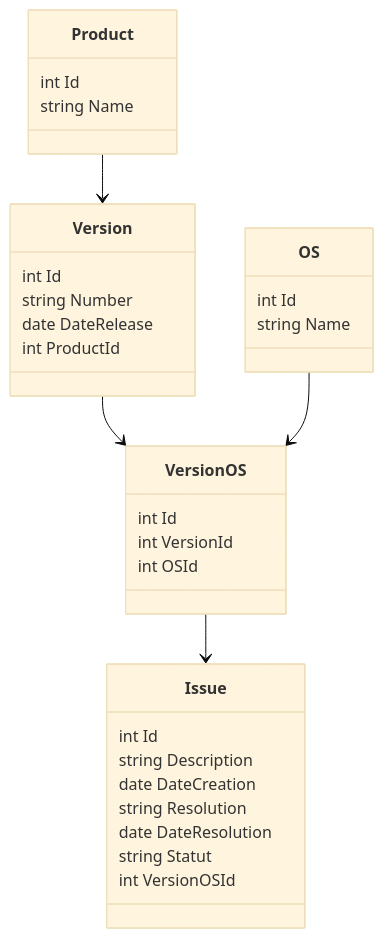
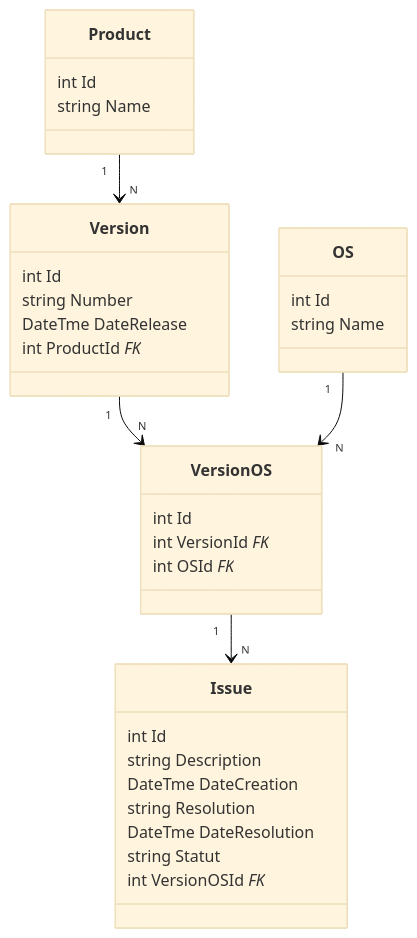
One commit to DjabelWilly/P6_NexaWorks changed the diagram in readme.md. Above: the diagram before and after it, drawn with Mermaid (base theme).

````diff
--- a/readme.md
+++ b/readme.md
@@ -21,36 +21,41 @@
 ```mermaid
 classDiagram
+
     class Product {
         int Id
         string Name
     }
+
     class Version {
         int Id
         string Number
-        date DateRelease
-        int ProductId
+        DateTme DateRelease
+        int ProductId  _FK_
     }
+
     class OS {
         int Id
         string Name
     }
+
     class VersionOS {
         int Id
-        int VersionId
-        int OSId
+        int VersionId _FK_
+        int OSId _FK_
     }
+
     class Issue {
         int Id
         string Description
-        date DateCreation
+        DateTme DateCreation
         string Resolution
-        date DateResolution
+        DateTme DateResolution
         string Statut
-        int VersionOSId
+        int VersionOSId _FK_
     }
 
-    Product --> Version
-    Version --> VersionOS
-    OS --> VersionOS
-    VersionOS --> Issue
+    Product "1" --> "N" Version
+    Version "1" --> "N" VersionOS
+    OS "1" --> "N" VersionOS
+    VersionOS "1" --> "N" Issue
 ```
````
